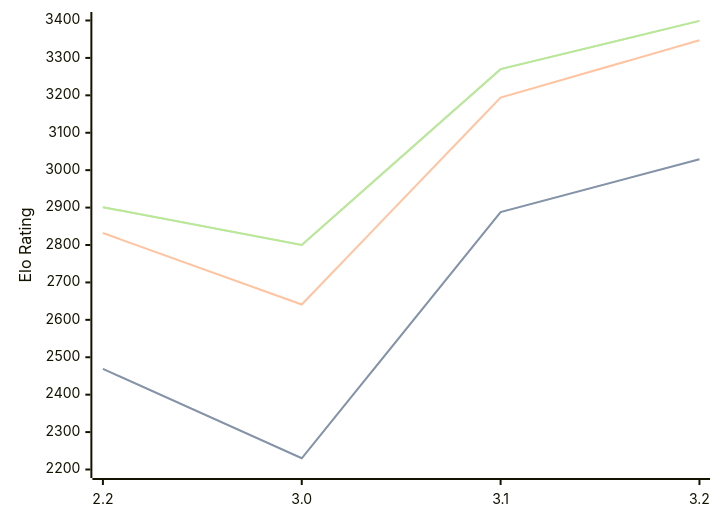
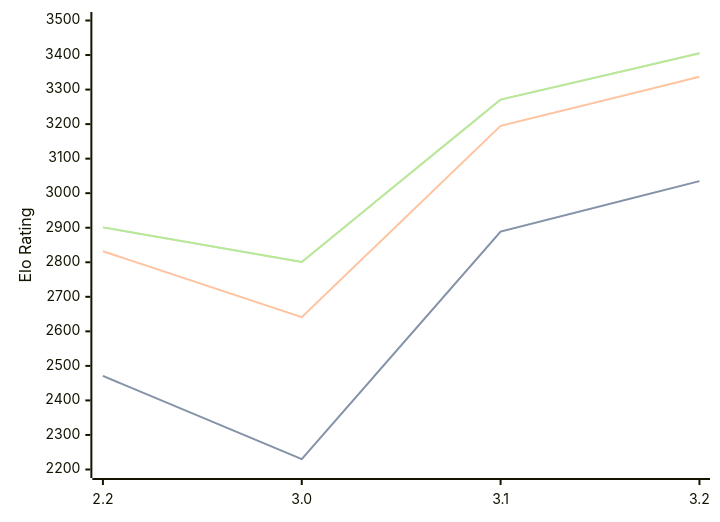
One commit to computer-chess-index/cci changed the diagram in engines/Thrawn.md. Above: the diagram before and after it, drawn with Mermaid. The commit also changed other lines of this file, not shown here.

Commit message:
Update CCI Ratings (ELO VLTC) - 2026-09-08

````diff
--- a/engines/Thrawn.md
+++ b/engines/Thrawn.md
@@ -34,11 +34,11 @@
 ```mermaid
 %%{init: {"theme":"base","themeVariables":{"seriesColors:['#a3a3a3','#222221','#faa371']}}}%%
 xychart-beta
   x-axis ["2.2", "3.0", "3.1", "3.2"]
-  y-axis "Elo Rating" 2200 --> 3400
-  line "" [2469, 2230, 2888, 3029]
-  line "STC (8.0+0.08s)" [2469, 2230, 2888, 3029]
-  line "LTC (60.0+0.60s)" [2832, 2641, 3194, 3347]
-  line "" [2901, 2800, 3270, 3399]
-  line "VLTC (2m24s+1.12s)" [2901, 2800, 3270, 3399]
+  y-axis "Elo Rating" 2200 --> 3500
+  line "" [2471, 2230, 2889, 3035]
+  line "STC (8.0+0.08s)" [2471, 2230, 2889, 3035]
+  line "LTC (60.0+0.60s)" [2832, 2641, 3195, 3337]
+  line "" [2901, 2801, 3271, 3405]
+  line "VLTC (2m24s+1.12s)" [2901, 2801, 3271, 3405]
 ```
````
